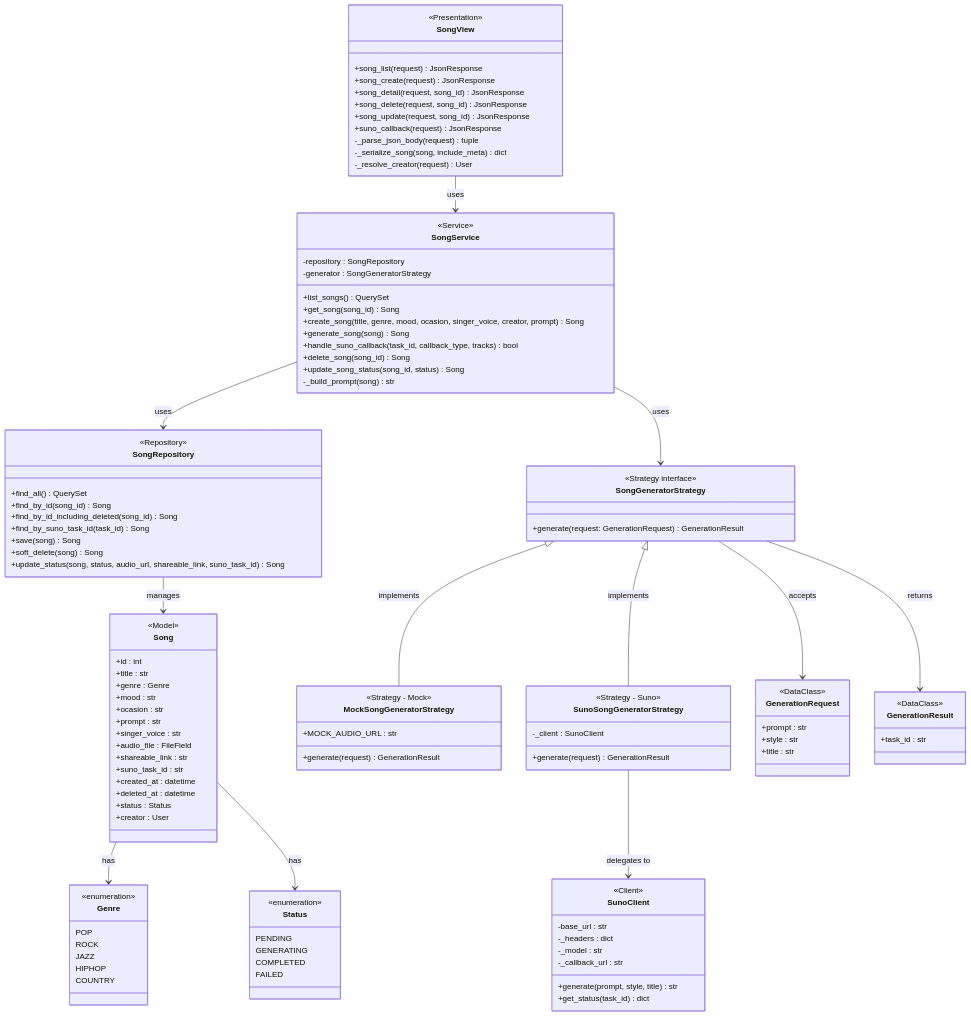
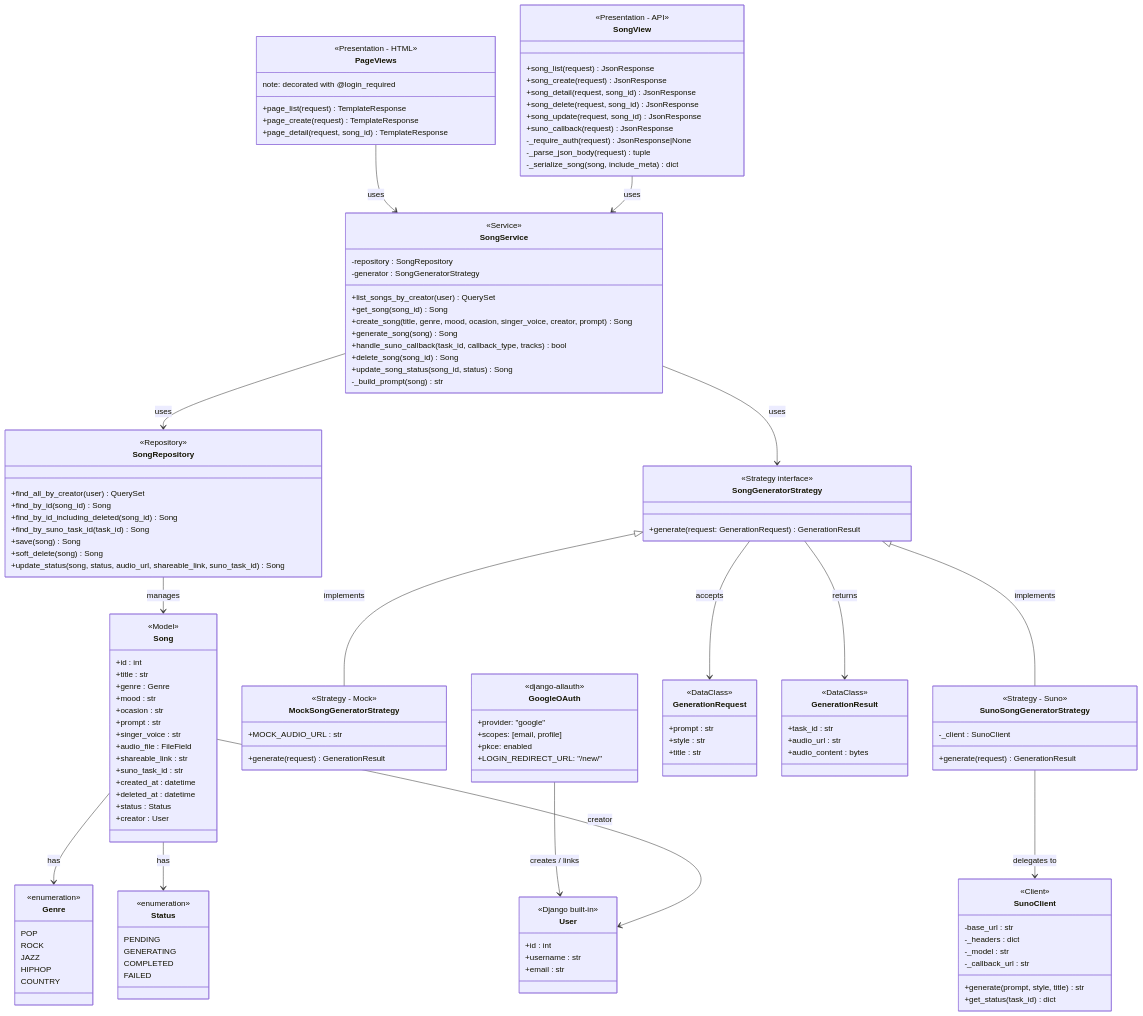
One commit to ParanyuLion/Cithara changed the diagram in docs/class_diagram.md. Above: the diagram before and after it, drawn with Mermaid. The commit also changed other lines of this file and 19 other files, not shown here.

````diff
--- a/docs/class_diagram.md
+++ b/docs/class_diagram.md
@@ -3,17 +3,43 @@
 ```mermaid
 classDiagram
+    %% ── Auth Layer (django-allauth) ─────────────────────────────────────────
+    class GoogleOAuth {
+        <<django-allauth>>
+        +provider: "google"
+        +scopes: [email, profile]
+        +pkce: enabled
+        +LOGIN_REDIRECT_URL: "/new/"
+    }
+
+    class User {
+        <<Django built-in>>
+        +id : int
+        +username : str
+        +email : str
+    }
+
+    GoogleOAuth --> User : creates / links
+
     %% ── Presentation Layer ──────────────────────────────────────────────────
+    class PageViews {
+        <<Presentation - HTML>>
+        +page_list(request) TemplateResponse
+        +page_create(request) TemplateResponse
+        +page_detail(request, song_id) TemplateResponse
+        note: decorated with @login_required
+    }
+
     class SongView {
-        <<Presentation>>
+        <<Presentation - API>>
         +song_list(request) JsonResponse
         +song_create(request) JsonResponse
         +song_detail(request, song_id) JsonResponse
         +song_delete(request, song_id) JsonResponse
         +song_update(request, song_id) JsonResponse
         +suno_callback(request) JsonResponse
+        -_require_auth(request) JsonResponse|None
         -_parse_json_body(request) tuple
         -_serialize_song(song, include_meta) dict
-        -_resolve_creator(request) User
     }
 
     %% ── Service Layer ───────────────────────────────────────────────────────
@@ -21,7 +47,7 @@
         <<Service>>
         -repository : SongRepository
         -generator : SongGeneratorStrategy
-        +list_songs() QuerySet
+        +list_songs_by_creator(user) QuerySet
         +get_song(song_id) Song
         +create_song(title, genre, mood, ocasion, singer_voice, creator, prompt) Song
         +generate_song(song) Song
@@ -34,7 +60,7 @@
     %% ── Repository Layer ────────────────────────────────────────────────────
     class SongRepository {
         <<Repository>>
-        +find_all() QuerySet
+        +find_all_by_creator(user) QuerySet
         +find_by_id(song_id) Song
         +find_by_id_including_deleted(song_id) Song
         +find_by_suno_task_id(task_id) Song
@@ -81,6 +107,8 @@
     class GenerationResult {
         <<DataClass>>
         +task_id : str
+        +audio_url : str
+        +audio_content : bytes
     }
 
     %% ── Domain Layer ────────────────────────────────────────────────────────
@@ -120,6 +148,7 @@
     }
 
     %% ── Relationships ───────────────────────────────────────────────────────
+    PageViews                 --> SongService             : uses
     SongView                  --> SongService             : uses
     SongService               --> SongRepository          : uses
     SongService               --> SongGeneratorStrategy   : uses
@@ -131,4 +160,5 @@
     SongRepository            --> Song                    : manages
     Song                      --> Genre                   : has
     Song                      --> Status                  : has
+    Song                      --> User                    : creator
 ```
````
